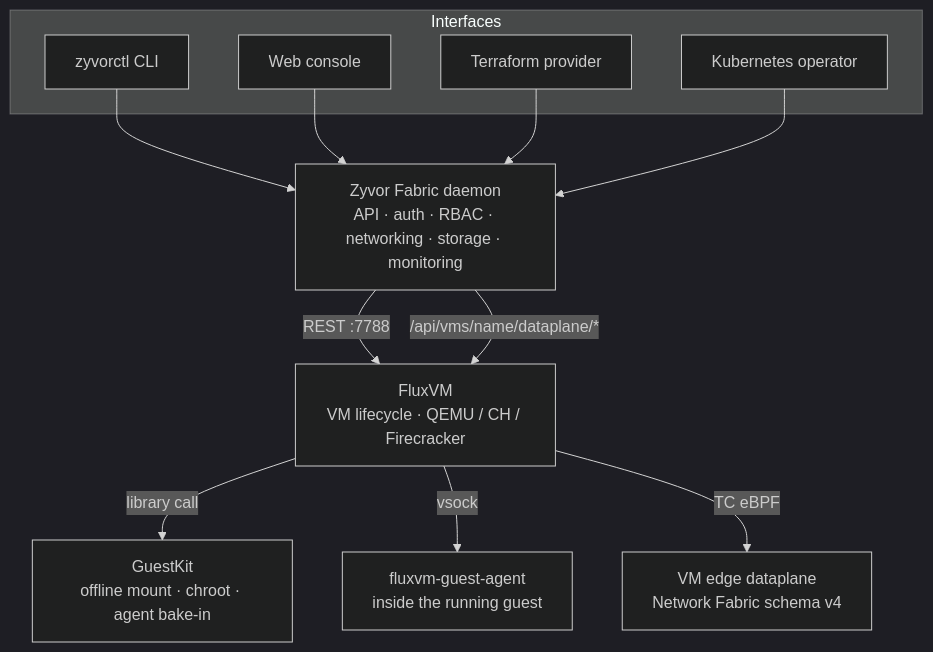
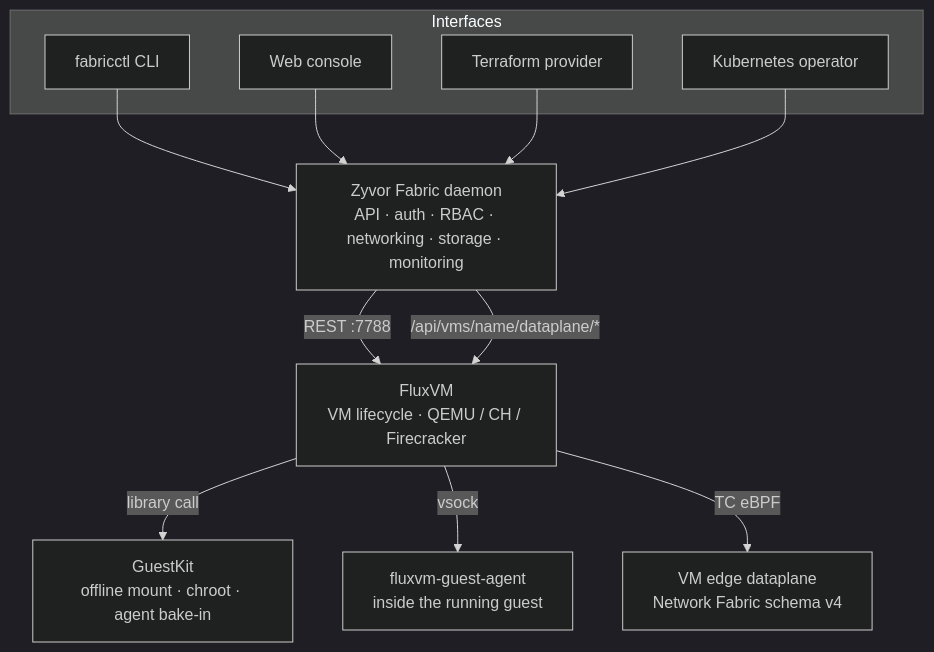
One commit to zyvorai/fabric changed the diagram in README.md. Above: the diagram before and after it, drawn with Mermaid (dark theme). The commit also changed other lines of this file and 104 other files, not shown here.

First line of the commit message:
Rename the zyvorctl CLI to fabricctl

````diff
--- a/README.md
+++ b/README.md
@@ -273,20 +273,20 @@
 ```mermaid
 flowchart TB
   subgraph Interfaces
-    CLI[zyvorctl CLI]
+    CLI[fabricctl CLI]
     Web[Web console]
     TF[Terraform provider]
     Op[Kubernetes operator]
   end
   CLI --> Daemon
   Web --> Daemon
   TF --> Daemon
   Op --> Daemon
 
   Daemon[Zyvor Fabric daemon<br/>API · auth · RBAC · networking · storage · monitoring]
   Daemon -- REST :7788 --> Flux[FluxVM<br/>VM lifecycle · QEMU / CH / Firecracker]
   Flux -- library call --> GK[GuestKit<br/>offline mount · chroot · agent bake-in]
   Flux -- vsock --> Agent[fluxvm-guest-agent<br/>inside the running guest]
   Daemon -- "/api/vms/name/dataplane/*" --> Flux
   Flux -- TC eBPF --> Edge[VM edge dataplane<br/>Network Fabric schema v4]
 ```
````
